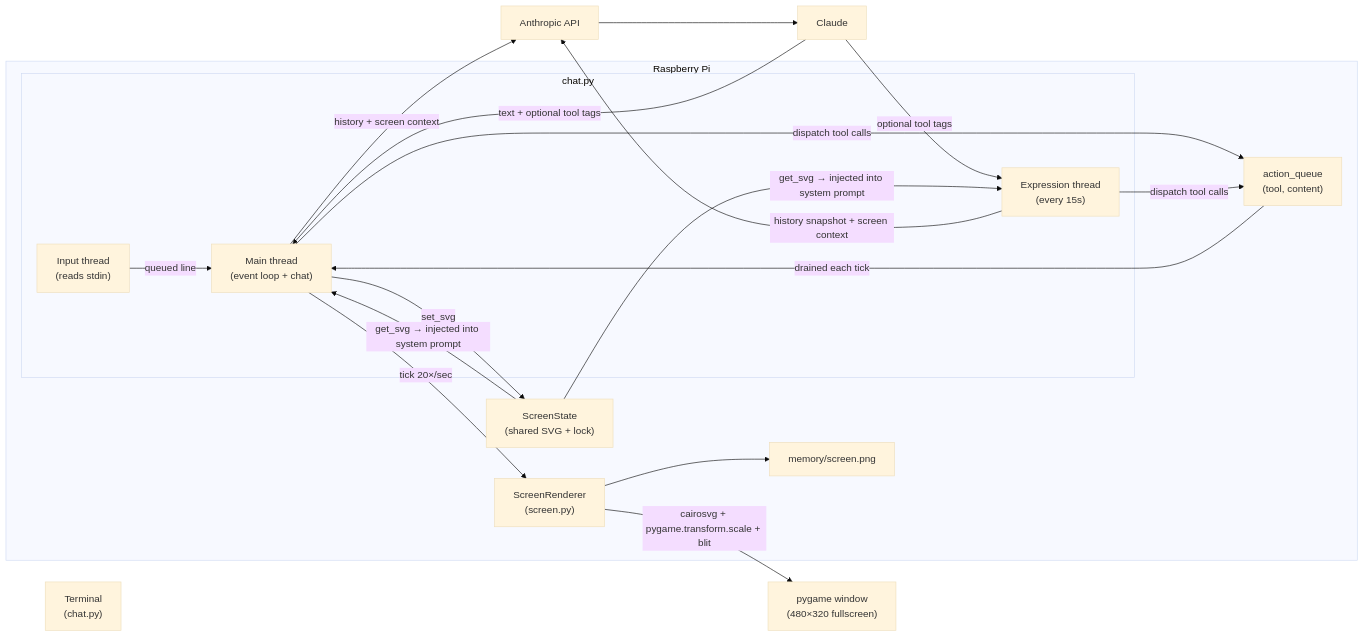
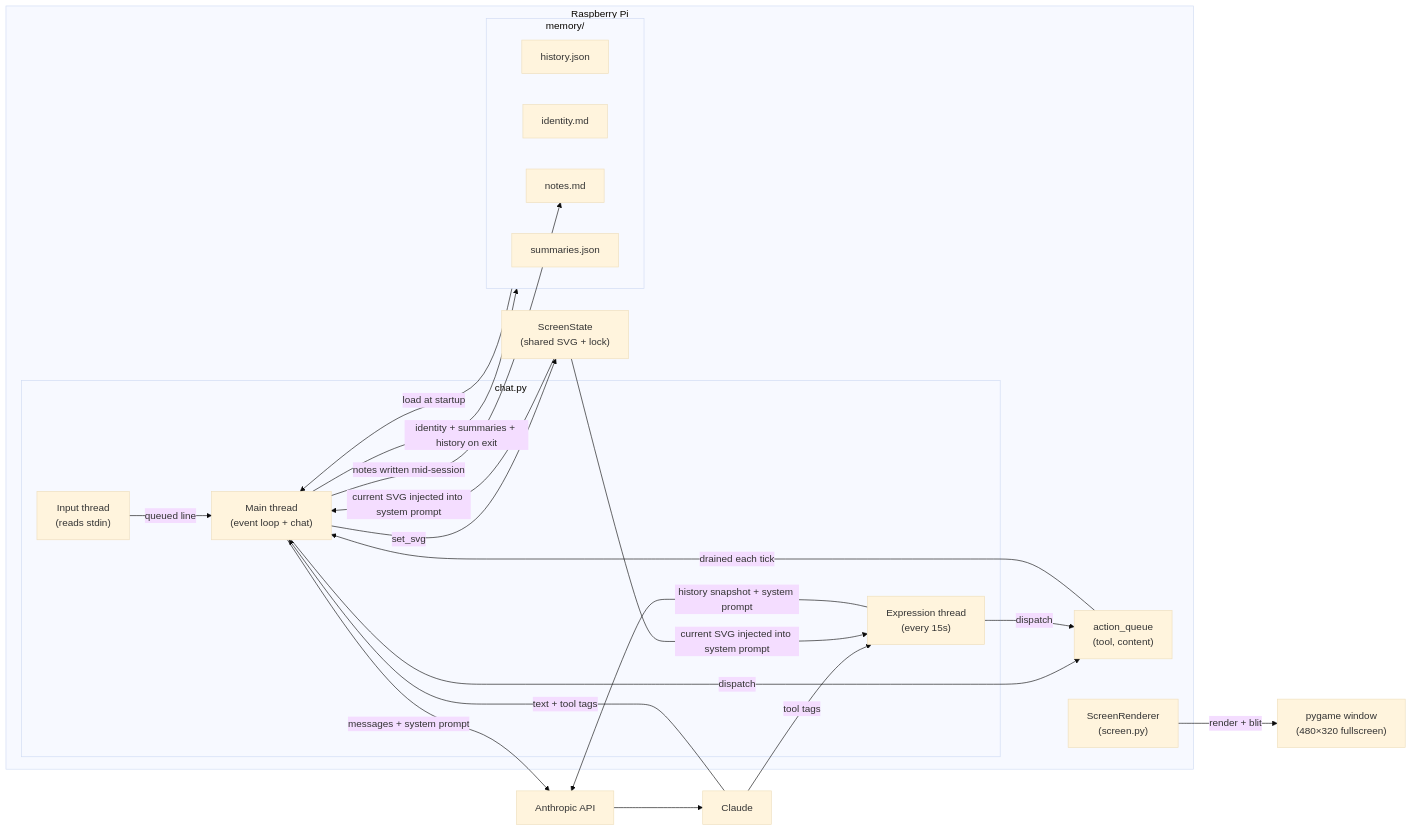
The first of 3 diagrams in docs/ARCHITECTURE.md (cgarcialm/sudo), drawn with Mermaid (base theme) before and after one commit. The commit also changed other lines of this file, not shown here.

First line of the commit message:
docs: rewrite ARCHITECTURE.md as current-state doc

````diff
--- a/docs/ARCHITECTURE.md
+++ b/docs/ARCHITECTURE.md
@@ -79,32 +9,36 @@
 ```mermaid
 flowchart LR
-    User["Terminal\n(chat.py)"]
-
     subgraph Pi["Raspberry Pi"]
         subgraph Threads["chat.py"]
             Main["Main thread\n(event loop + chat)"]
             InputT["Input thread\n(reads stdin)"]
             ExprT["Expression thread\n(every 15s)"]
         end
         AQ["action_queue\n(tool, content)"]
         SS["ScreenState\n(shared SVG + lock)"]
         Screen["ScreenRenderer\n(screen.py)"]
-        PNG["memory/screen.png"]
+        subgraph Memory["memory/"]
+            History["history.json"]
+            Identity["identity.md"]
+            Notes["notes.md"]
+            Summaries["summaries.json"]
+        end
     end
 
     InputT -->|queued line| Main
-    Main -->|history + screen context| API["Anthropic API"]
+    Main -->|messages + system prompt| API["Anthropic API"]
     API --> Claude
-    Claude -->|"text + optional tool tags"| Main
-    Main -->|dispatch tool calls| AQ
+    Claude -->|text + tool tags| Main
+    Main -->|dispatch| AQ
     AQ -->|drained each tick| Main
+    ExprT -->|history snapshot + system prompt| API
+    Claude -->|tool tags| ExprT
+    ExprT -->|dispatch| AQ
+    SS -->|current SVG injected into system prompt| Main
+    SS -->|current SVG injected into system prompt| ExprT
     Main -->|set_svg| SS
-    ExprT -->|history snapshot + screen context| API
-    Claude -->|"optional tool tags"| ExprT
-    ExprT -->|dispatch tool calls| AQ
-    SS -->|get_svg → injected into system prompt| Main
-    SS -->|get_svg → injected into system prompt| ExprT
-    Screen -->|cairosvg + pygame.transform.scale + blit| Window["pygame window\n(480×320 fullscreen)"]
-    Screen --> PNG
-    Main -->|tick 20×/sec| Screen
+    Screen -->|render + blit| Window["pygame window\n(480×320 fullscreen)"]
+    Memory -->|load at startup| Main
+    Main -->|notes written mid-session| Notes
+    Main -->|identity + summaries + history on exit| Memory
 ```
````
